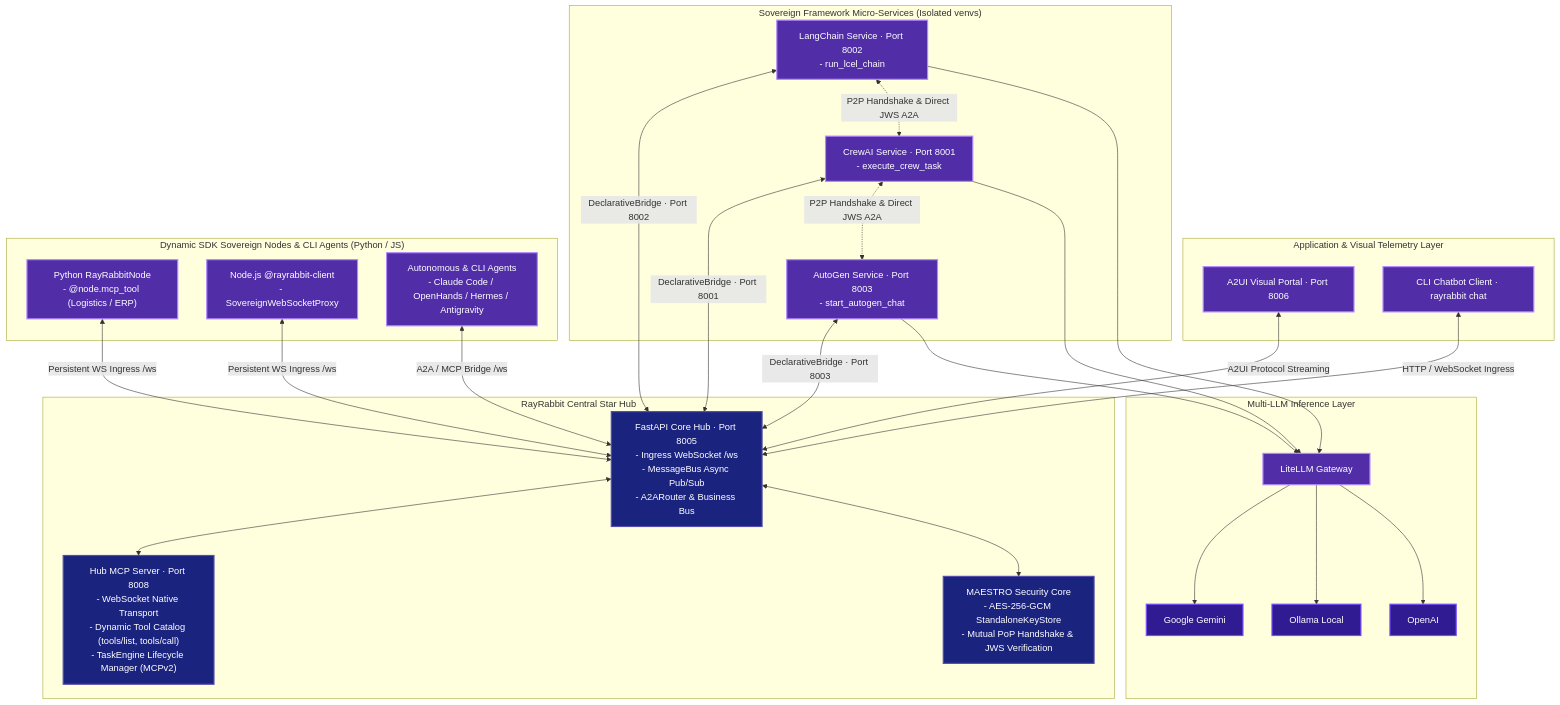
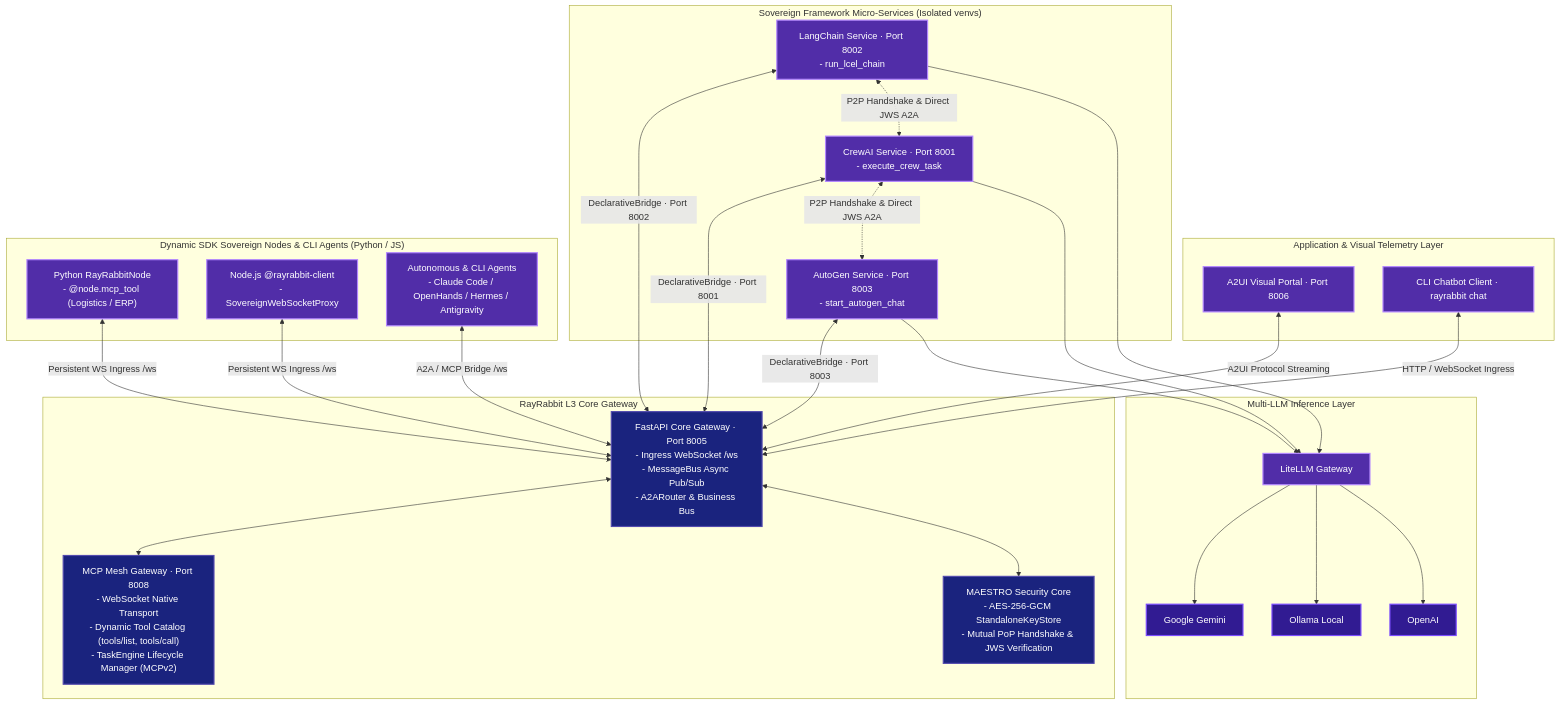
One commit to rayrabbit-ai/rayrabbit-oss changed the first of 3 diagrams in README.md. Above: the diagram before and after it, drawn with Mermaid. The commit also changed other lines of this file and 75 other files, not shown here.

Commit message:
docs: synchronize sovereign mesh architecture across all project documentation and restore mkdocs assets

````diff
--- a/README.md
+++ b/README.md
@@ -163,66 +163,66 @@
 ```mermaid
 graph TD
     classDef oss fill:#512da8,stroke:#b388ff,stroke-width:2px,color:#fff;
     classDef protocol fill:#311b92,stroke:#7c4dff,stroke-width:2px,color:#fff;
     classDef hub fill:#1a237e,stroke:#534bae,stroke-width:2px,color:#fff;
 
     subgraph AppLayer ["Application & Visual Telemetry Layer"]
         A2UI["A2UI Visual Portal · Port 8006"]:::oss
         CLI["CLI Chatbot Client · rayrabbit chat"]:::oss
     end
 
-    subgraph HubCore ["RayRabbit Central Star Hub"]
-        FastAPIHub["FastAPI Core Hub · Port 8005<br/>- Ingress WebSocket /ws<br/>- MessageBus Async Pub/Sub<br/>- A2ARouter & Business Bus"]:::hub
-        MCPServer["Hub MCP Server · Port 8008<br/>- WebSocket Native Transport<br/>- Dynamic Tool Catalog (tools/list, tools/call)<br/>- TaskEngine Lifecycle Manager (MCPv2)"]:::hub
+    subgraph MeshCore ["RayRabbit L3 Core Gateway"]
+        FastAPIHub["FastAPI Core Gateway · Port 8005<br/>- Ingress WebSocket /ws<br/>- MessageBus Async Pub/Sub<br/>- A2ARouter & Business Bus"]:::hub
+        MCPServer["MCP Mesh Gateway · Port 8008<br/>- WebSocket Native Transport<br/>- Dynamic Tool Catalog (tools/list, tools/call)<br/>- TaskEngine Lifecycle Manager (MCPv2)"]:::hub
         MS["MAESTRO Security Core<br/>- AES-256-GCM StandaloneKeyStore<br/>- Mutual PoP Handshake & JWS Verification"]:::hub
     end
 
     subgraph SovereignServices ["Sovereign Framework Micro-Services (Isolated venvs)"]
         CR["CrewAI Service · Port 8001<br/>- execute_crew_task"]:::oss
         LC["LangChain Service · Port 8002<br/>- run_lcel_chain"]:::oss
         AG["AutoGen Service · Port 8003<br/>- start_autogen_chat"]:::oss
     end
 
     subgraph DynamicSDKNodes ["Dynamic SDK Sovereign Nodes & CLI Agents (Python / JS)"]
         PyNode["Python RayRabbitNode<br/>- @node.mcp_tool (Logistics / ERP)"]:::oss
         JSNode["Node.js @rayrabbit-client<br/>- SovereignWebSocketProxy"]:::oss
         CodingAgents["Autonomous & CLI Agents<br/>- Claude Code / OpenHands / Hermes / Antigravity"]:::oss
     end
 
     subgraph LLMProviders ["Multi-LLM Inference Layer"]
         LiteLLM["LiteLLM Gateway"]:::oss
         Gemini["Google Gemini"]:::protocol
         Ollama["Ollama Local"]:::protocol
         OpenAI["OpenAI"]:::protocol
     end
 
     %% Hub Interconnection
     FastAPIHub <--> MCPServer
     FastAPIHub <--> MS
 
     %% Application Layer
     A2UI <-->|A2UI Protocol Streaming| FastAPIHub
     CLI <-->|HTTP / WebSocket Ingress| FastAPIHub
 
     %% Frameworks to Hub
     CR <-->|DeclarativeBridge · Port 8001| FastAPIHub
     LC <-->|DeclarativeBridge · Port 8002| FastAPIHub
     AG <-->|DeclarativeBridge · Port 8003| FastAPIHub
 
     %% Dynamic SDK Nodes & Coding Agents
     PyNode <-->|Persistent WS Ingress /ws| FastAPIHub
     JSNode <-->|Persistent WS Ingress /ws| FastAPIHub
     CodingAgents <-->|A2A / MCP Bridge /ws| FastAPIHub
 
     %% Direct P2P Handshake
     LC <.->|P2P Handshake & Direct JWS A2A| CR
     CR <.->|P2P Handshake & Direct JWS A2A| AG
 
     %% Inference
     CR --> LiteLLM
     LC --> LiteLLM
     AG --> LiteLLM
     LiteLLM --> Gemini
     LiteLLM --> Ollama
     LiteLLM --> OpenAI
 ```
````
